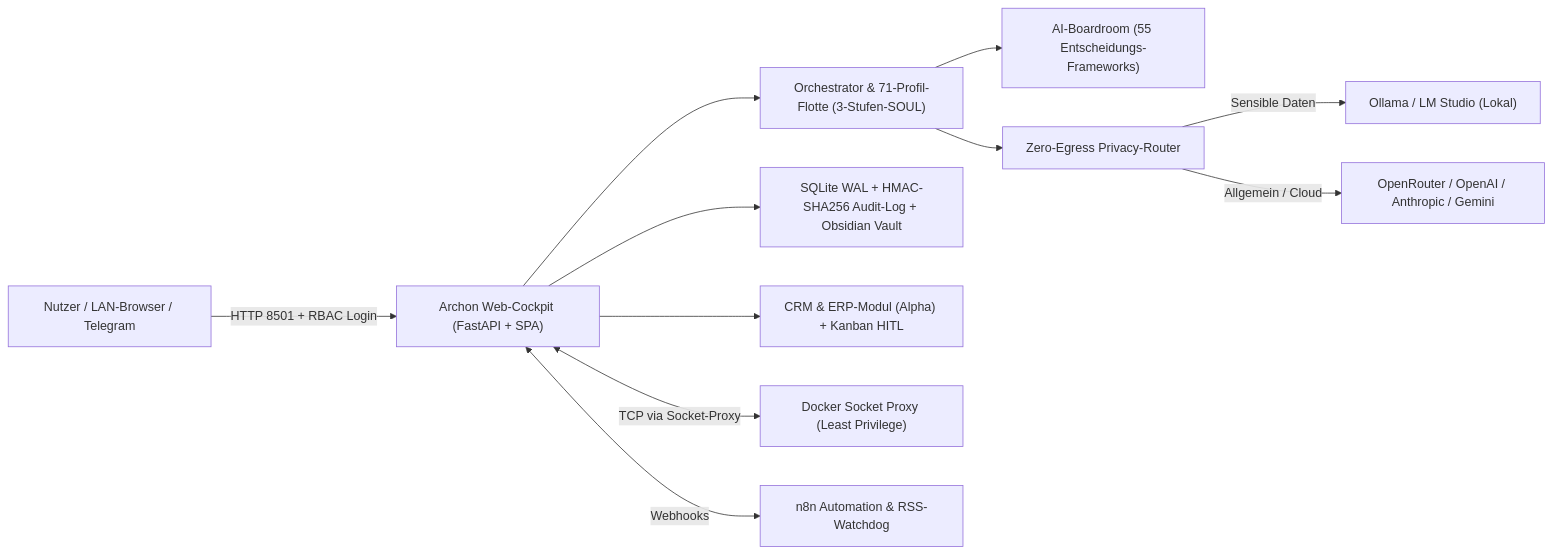
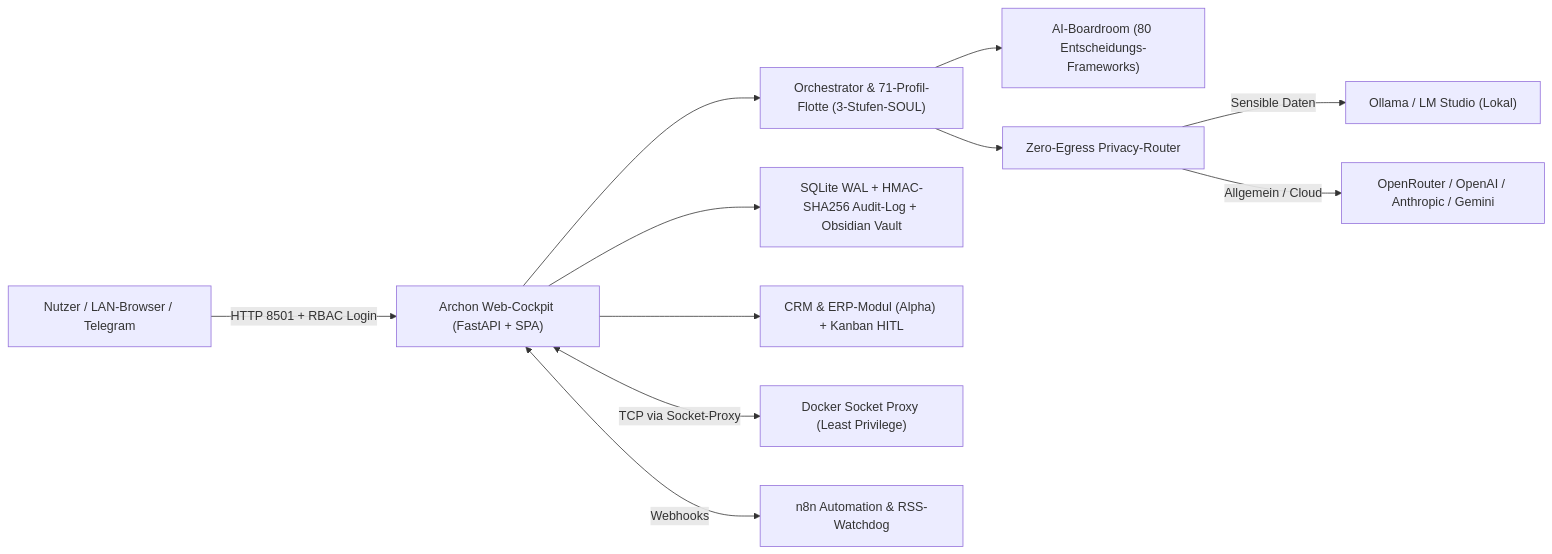
One commit to michaelbeatman/ARCHON-OS changed the diagram in README.de.md. Above: the diagram before and after it, drawn with Mermaid. The commit also changed other lines of this file and 43 other files, not shown here.

Commit message:
feat(boardroom): expand AI Boardroom from 55 to 80 bilingual frameworks across 9 categories + docs

````diff
--- a/README.de.md
+++ b/README.de.md
@@ -157,13 +157,13 @@
 ```mermaid
 flowchart LR
     U["Nutzer / LAN-Browser / Telegram"] -->|HTTP 8501 + RBAC Login| UI["Archon Web-Cockpit (FastAPI + SPA)"]
     UI --> OR["Orchestrator & 71-Profil-Flotte (3-Stufen-SOUL)"]
-    OR --> BR["AI-Boardroom (55 Entscheidungs-Frameworks)"]
+    OR --> BR["AI-Boardroom (80 Entscheidungs-Frameworks)"]
     OR --> PR["Zero-Egress Privacy-Router"]
     PR -->|Sensible Daten| LOC["Ollama / LM Studio (Lokal)"]
     PR -->|Allgemein / Cloud| CLD["OpenRouter / OpenAI / Anthropic / Gemini"]
     UI --> DB["SQLite WAL + HMAC-SHA256 Audit-Log + Obsidian Vault"]
     UI --> ERP["CRM & ERP-Modul (Alpha) + Kanban HITL"]
     UI <-->|TCP via Socket-Proxy| DOC["Docker Socket Proxy (Least Privilege)"]
     UI <-->|Webhooks| N8N["n8n Automation & RSS-Watchdog"]
 ```
````
